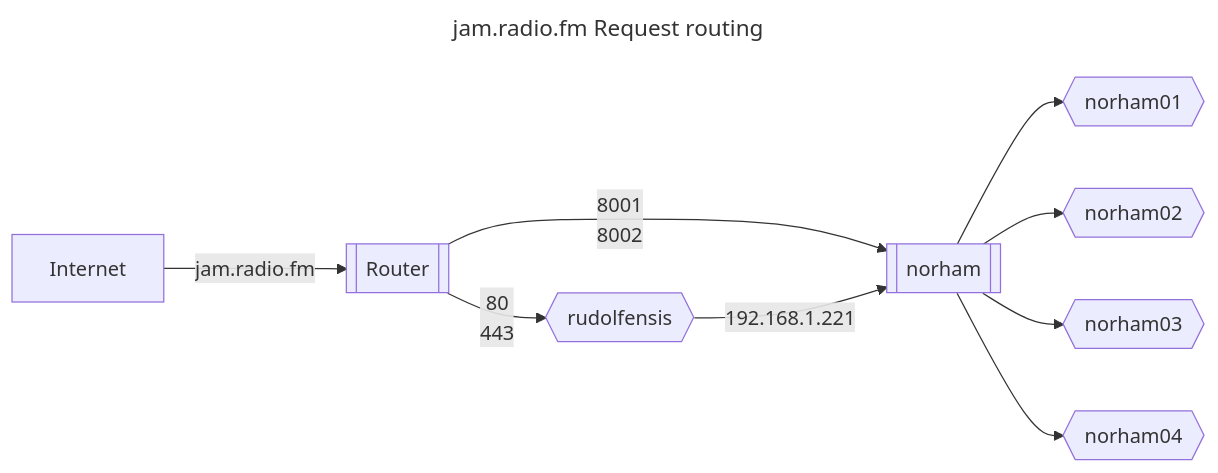
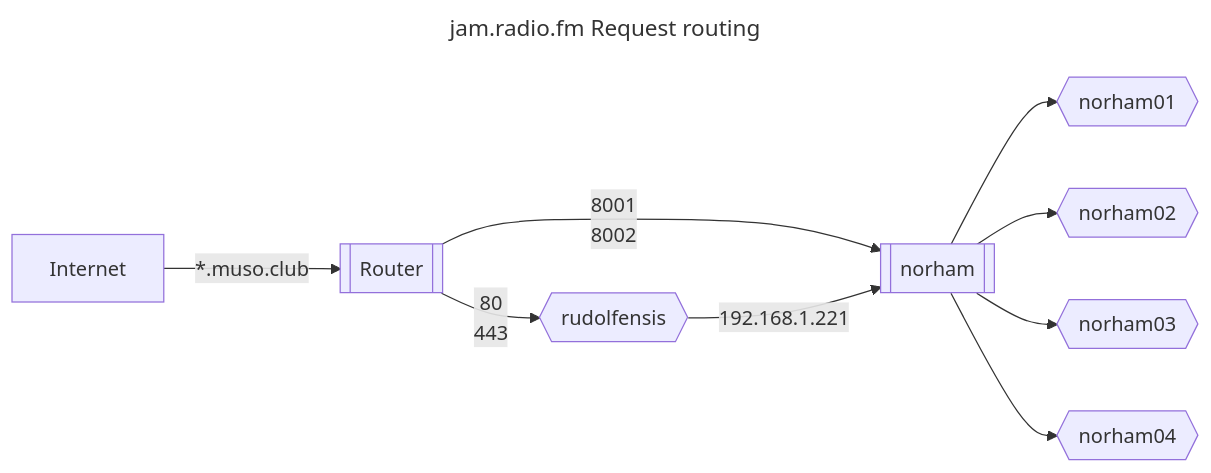
Before and after one commit to MoTTTT/podzone: the fifth of 5 diagrams in docs/technicalRadio.md, drawn with Mermaid. The commit also changed other lines of this file and 59 other files, not shown here.

````diff
--- a/docs/technicalRadio.md
+++ b/docs/technicalRadio.md
@@ -25,22 +174,22 @@
 ```mermaid
 ---
 title: jam.radio.fm Request routing
 ---
 graph LR
 
-Internet -- jam.radio.fm  --> router
+Internet -- *.muso.club  --> router
 router -- 80\n443 --> dmz
 router -- 8001\n8002 --> metallb3
 dmz -- 192.168.1.221 --> metallb3
 metallb3 --> k8s07
 metallb3 --> k8s08
 metallb3 --> k8s09
 metallb3 --> k8s10
 metallb3[[norham]]
 router[[Router]]
 dmz{{rudolfensis}}
 k8s07{{norham01}}
 k8s08{{norham02}}
 k8s09{{norham03}}
 k8s10{{norham04}}
 ```
````
